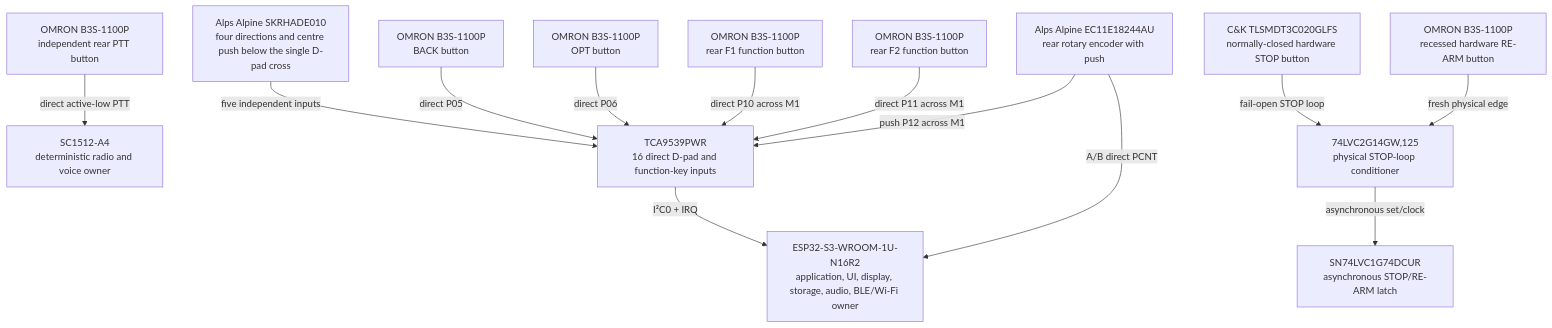
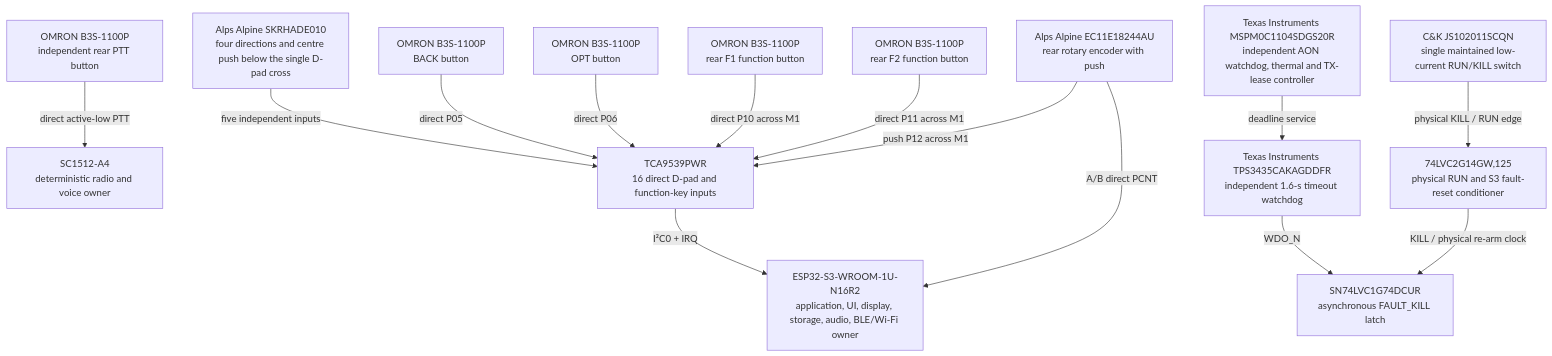
The fifth of 10 diagrams in README.md (anton-vinogradov/esp32-leshy2), drawn with Mermaid before and after one commit. The commit also changed other lines of this file and 25 other files, not shown here.

Commit message:
Replace stop controls with monitored RUN KILL safety

````diff
--- a/README.md
+++ b/README.md
@@ -142,29 +143,31 @@
 ```mermaid
 flowchart TD
 S3["ESP32-S3-WROOM-1U-N16R2<br/>application, UI, display, storage, audio, BLE/Wi-Fi owner"]
 RP["SC1512-A4<br/>deterministic radio and voice owner"]
 UI_MATRIX_IO["TCA9539PWR<br/>16 direct D-pad and function-key inputs"]
 UI_DPAD_SWITCH["Alps Alpine SKRHADE010<br/>four directions and centre push below the single D-pad cross"]
 UI_SWITCH_BACK["OMRON B3S-1100P<br/>BACK button"]
 UI_SWITCH_OPT["OMRON B3S-1100P<br/>OPT button"]
 UI_SWITCH_F1["OMRON B3S-1100P<br/>rear F1 function button"]
 UI_SWITCH_F2["OMRON B3S-1100P<br/>rear F2 function button"]
 ENCODER["Alps Alpine EC11E18244AU<br/>rear rotary encoder with push"]
 PTT_SWITCH["OMRON B3S-1100P<br/>independent rear PTT button"]
-STOP_SWITCH["C&K TLSMDT3C020GLFS<br/>normally-closed hardware STOP button"]
-REARM_SWITCH["OMRON B3S-1100P<br/>recessed hardware RE-ARM button"]
-SAFE_CONDITIONER["74LVC2G14GW,125<br/>physical STOP-loop conditioner"]
-SAFE_LATCH["SN74LVC1G74DCUR<br/>asynchronous STOP/RE-ARM latch"]
+POWER_COMMAND_SWITCH["C&K JS102011SCQN<br/>single maintained low-current RUN/KILL switch"]
+SAFETY_CONTROLLER["Texas Instruments MSPM0C1104SDGS20R<br/>independent AON watchdog, thermal and TX-lease controller"]
+SAFETY_WATCHDOG["Texas Instruments TPS3435CAKAGDDFR<br/>independent 1.6-s timeout watchdog"]
+SAFE_CONDITIONER["74LVC2G14GW,125<br/>physical RUN and S3 fault-reset conditioner"]
+SAFE_LATCH["SN74LVC1G74DCUR<br/>asynchronous FAULT_KILL latch"]
   UI_DPAD_SWITCH -->|"five independent inputs"| UI_MATRIX_IO
   UI_SWITCH_BACK -->|"direct P05"| UI_MATRIX_IO
   UI_SWITCH_OPT -->|"direct P06"| UI_MATRIX_IO
   UI_SWITCH_F1 -->|"direct P10 across M1"| UI_MATRIX_IO
   UI_SWITCH_F2 -->|"direct P11 across M1"| UI_MATRIX_IO
   ENCODER -->|"push P12 across M1"| UI_MATRIX_IO
   UI_MATRIX_IO -->|"I²C0 + IRQ"| S3
   ENCODER -->|"A/B direct PCNT"| S3
   PTT_SWITCH -->|"direct active-low PTT"| RP
-  STOP_SWITCH -->|"fail-open STOP loop"| SAFE_CONDITIONER
-  REARM_SWITCH -->|"fresh physical edge"| SAFE_CONDITIONER
-  SAFE_CONDITIONER -->|"asynchronous set/clock"| SAFE_LATCH
+  POWER_COMMAND_SWITCH -->|"physical KILL / RUN edge"| SAFE_CONDITIONER
+  SAFETY_CONTROLLER -->|"deadline service"| SAFETY_WATCHDOG
+  SAFETY_WATCHDOG -->|"WDO_N"| SAFE_LATCH
+  SAFE_CONDITIONER -->|"KILL / physical re-arm clock"| SAFE_LATCH
 ```
````
